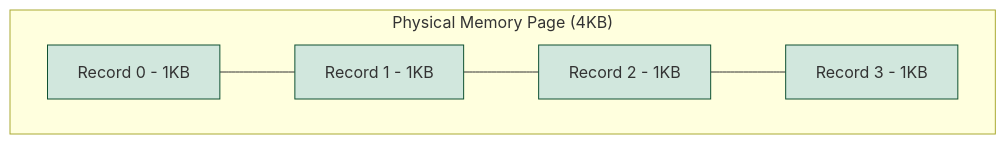
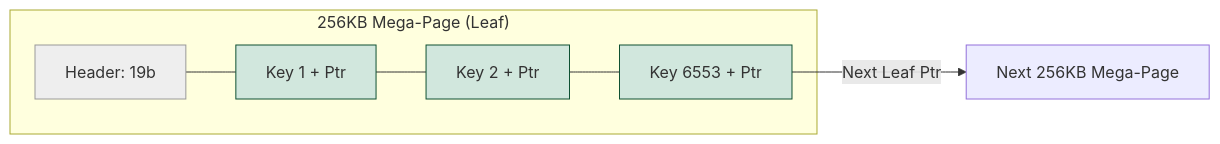
One commit to BlockmakerCompany/la-roca-micro-kv changed the second of 4 diagrams in ARCHITECTURE.md. Above: the diagram before and after it, drawn with Mermaid. The commit also changed other lines of this file and 4 other files, not shown here.

Commit message:
docs: update memory layout and architecture docs for B+ Tree

````diff
--- a/ARCHITECTURE.md
+++ b/ARCHITECTURE.md
@@ -42,10 +48,12 @@
 ```mermaid
-graph TD
-    subgraph "Physical Memory Page (4KB)"
-    R1[Record 0 - 1KB] --- R2[Record 1 - 1KB] --- R3[Record 2 - 1KB] --- R4[Record 3 - 1KB]
+graph LR
+    subgraph "256KB Mega-Page (Leaf)"
+    H[Header: 19b] --- K1[Key 1 + Ptr] --- K2[Key 2 + Ptr] --- KN[Key 6553 + Ptr]
     end
-    style R1 fill:#d1e7dd,stroke:#0f5132
-    style R2 fill:#d1e7dd,stroke:#0f5132
-    style R3 fill:#d1e7dd,stroke:#0f5132
-    style R4 fill:#d1e7dd,stroke:#0f5132
+    KN -->|Next Leaf Ptr| L2[Next 256KB Mega-Page]
+    
+    style H fill:#eee,stroke:#999
+    style K1 fill:#d1e7dd,stroke:#0f5132
+    style K2 fill:#d1e7dd,stroke:#0f5132
+    style KN fill:#d1e7dd,stroke:#0f5132
 ```
````
